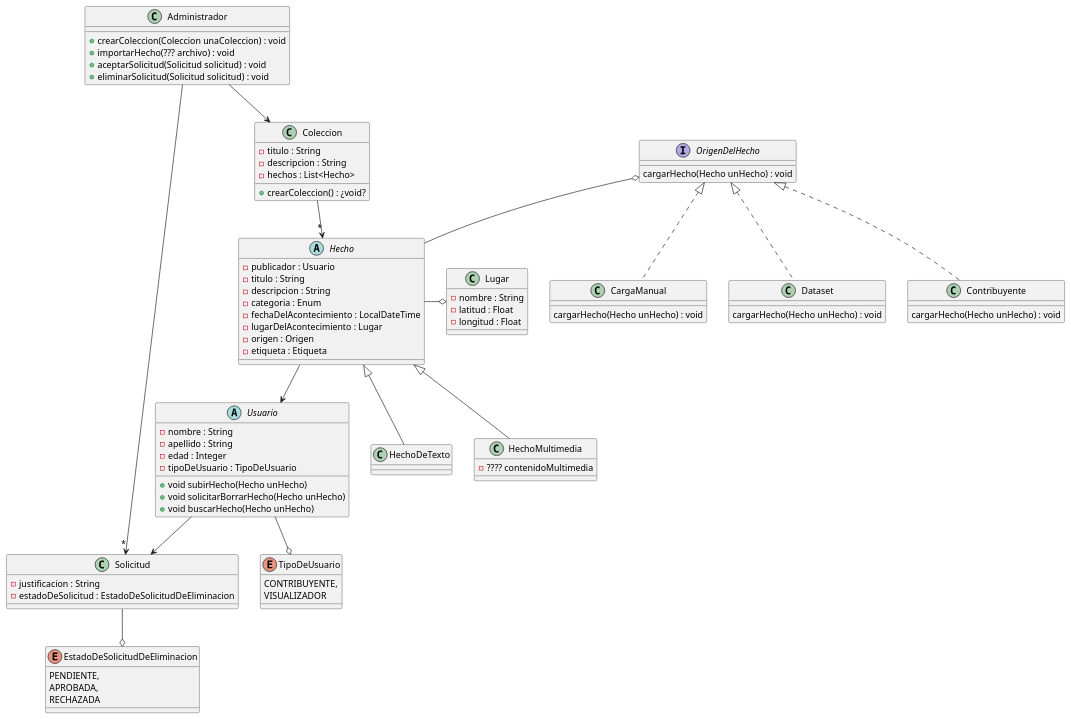
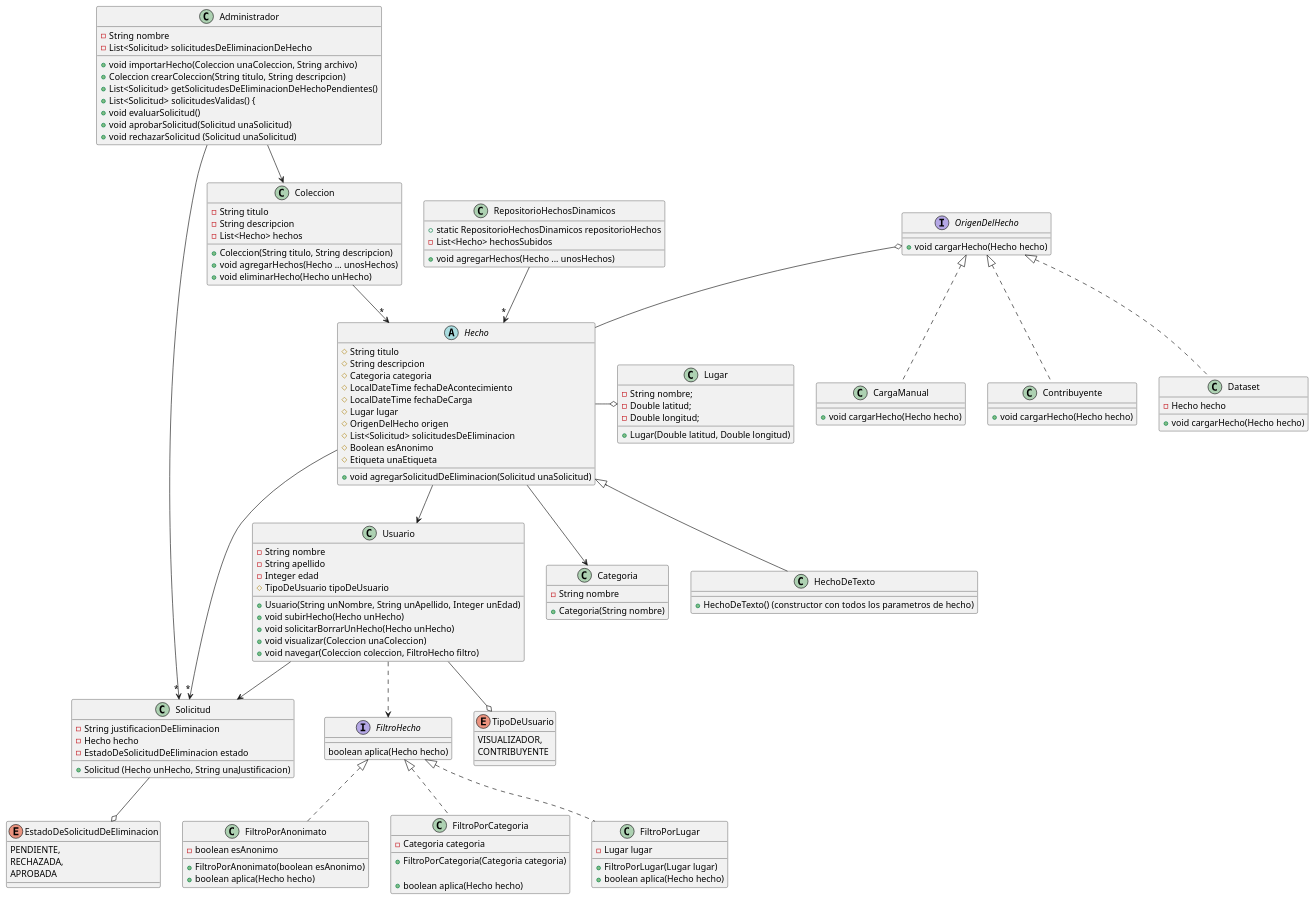
The diagram in src/main/diagramas/DC1raEntrega.puml (vclevy/MetaMapa), drawn with PlantUML before and after one commit. The commit also changed 2 other files, not shown here.

Commit message:
diagrama de clase actualizado

```diff
--- a/src/main/diagramas/DC1raEntrega.puml
+++ b/src/main/diagramas/DC1raEntrega.puml
@@ -1,95 +1,162 @@
 @startuml
 'https://plantuml.com/class-diagram
 
-class Coleccion{
-    - titulo : String
-    - descripcion : String
-    - hechos : List<Hecho>
+class Categoria {
+    - String nombre
 
-    + crearColeccion() : ¿void?
+    + Categoria(String nombre)
 }
 
-abstract class Hecho{
-  - publicador : Usuario
-  - titulo : String
-  - descripcion : String
-  - categoria : Enum
-  - fechaDelAcontecimiento : LocalDateTime
-  - lugarDelAcontecimiento : Lugar
-  - origen : Origen
-  - etiqueta : Etiqueta
+class Coleccion {
+    - String titulo
+    - String descripcion
+    - List<Hecho> hechos
+
+    + Coleccion(String titulo, String descripcion)
+    + void agregarHechos(Hecho ... unosHechos)
+    + void eliminarHecho(Hecho unHecho)
 }
 
-class HechoDeTexto extends Hecho{
+class Lugar {
+    - String nombre;
+    - Double latitud;
+    - Double longitud;
+
+    + Lugar(Double latitud, Double longitud)
 }
 
-class HechoMultimedia extends Hecho{
- - ???? contenidoMultimedia
+interface FiltroHecho {
+    boolean aplica(Hecho hecho)
 }
 
-class Lugar{
-    - nombre : String
-    - latitud : Float
-    - longitud : Float
+class FiltroPorAnonimato implements FiltroHecho {
+    - boolean esAnonimo
+
+    + FiltroPorAnonimato(boolean esAnonimo)
+    + boolean aplica(Hecho hecho)
+}
+
+class FiltroPorCategoria implements FiltroHecho {
+    - Categoria categoria
+
+    + FiltroPorCategoria(Categoria categoria)
+
+    + boolean aplica(Hecho hecho)
+}
+
+class FiltroPorLugar implements FiltroHecho {
+    - Lugar lugar
+
+    + FiltroPorLugar(Lugar lugar)
+    + boolean aplica(Hecho hecho)
 }
 
 interface OrigenDelHecho {
-    cargarHecho(Hecho unHecho) : void
+
+    + void cargarHecho(Hecho hecho)
 }
 
-class CargaManual implements OrigenDelHecho {
-    cargarHecho(Hecho unHecho) : void
+class CargaManual implements OrigenDelHecho{
+
+    + void cargarHecho(Hecho hecho)
+}
+
+class Contribuyente implements OrigenDelHecho{
+    + void cargarHecho(Hecho hecho)
 }
 
 class Dataset implements OrigenDelHecho {
-    cargarHecho(Hecho unHecho) : void
-}
+    - Hecho hecho
 
-class Contribuyente implements OrigenDelHecho {
-    cargarHecho(Hecho unHecho) : void
-}
-
-abstract class Usuario{
-    - nombre : String
-    - apellido : String
-    - edad : Integer
-    - tipoDeUsuario : TipoDeUsuario
-    + void subirHecho(Hecho unHecho)
-    + void solicitarBorrarHecho(Hecho unHecho)
-    + void buscarHecho(Hecho unHecho)
-}
-
-enum TipoDeUsuario {
-    CONTRIBUYENTE,
-    VISUALIZADOR
-}
-
-class Solicitud{
-    - justificacion : String
-    - estadoDeSolicitud : EstadoDeSolicitudDeEliminacion
+    + void cargarHecho(Hecho hecho)
 }
 
 enum EstadoDeSolicitudDeEliminacion {
     PENDIENTE,
-    APROBADA,
-    RECHAZADA
+    RECHAZADA,
+    APROBADA
 }
 
-class Administrador{
-   + crearColeccion(Coleccion unaColeccion) : void
-   + importarHecho(??? archivo) : void
-   + aceptarSolicitud(Solicitud solicitud) : void
-   + eliminarSolicitud(Solicitud solicitud) : void
+class Solicitud {
+    - String justificacionDeEliminacion
+    - Hecho hecho
+    - EstadoDeSolicitudDeEliminacion estado
+
+    + Solicitud (Hecho unHecho, String unaJustificacion)
+
+}
+
+abstract class Hecho {
+    # String titulo
+    # String descripcion
+    # Categoria categoria
+    # LocalDateTime fechaDeAcontecimiento
+    # LocalDateTime fechaDeCarga
+    # Lugar lugar
+    # OrigenDelHecho origen
+    # List<Solicitud> solicitudesDeEliminacion
+    # Boolean esAnonimo
+    # Etiqueta unaEtiqueta
+
+    + void agregarSolicitudDeEliminacion(Solicitud unaSolicitud)
+}
+
+class HechoDeTexto extends Hecho {
+
+    + HechoDeTexto() (constructor con todos los parametros de hecho)
+}
+
+class RepositorioHechosDinamicos {
+
+    + static RepositorioHechosDinamicos repositorioHechos
+    - List<Hecho> hechosSubidos
+
+    + void agregarHechos(Hecho ... unosHechos)
+}
+
+class Administrador {
+    - String nombre
+    - List<Solicitud> solicitudesDeEliminacionDeHecho
+
+    + void importarHecho(Coleccion unaColeccion, String archivo)
+    + Coleccion crearColeccion(String titulo, String descripcion)
+    + List<Solicitud> getSolicitudesDeEliminacionDeHechoPendientes()
+    + List<Solicitud> solicitudesValidas() {
+    + void evaluarSolicitud()
+    + void aprobarSolicitud(Solicitud unaSolicitud)
+    + void rechazarSolicitud (Solicitud unaSolicitud)
+}
+
+enum TipoDeUsuario {
+    VISUALIZADOR,
+    CONTRIBUYENTE
+}
+
+class Usuario {
+    - String nombre
+    - String apellido
+    - Integer edad
+    # TipoDeUsuario tipoDeUsuario
+
+    + Usuario(String unNombre, String unApellido, Integer unEdad)
+    + void subirHecho(Hecho unHecho)
+    + void solicitarBorrarUnHecho(Hecho unHecho)
+    + void visualizar(Coleccion unaColeccion)
+    + void navegar(Coleccion coleccion, FiltroHecho filtro)
 }
 
 Hecho --> Usuario
 Lugar o-l- Hecho
-Coleccion -->"*" Hecho
-Administrador -->"*" Solicitud
+Coleccion --> "*" Hecho
+Administrador --> "*" Solicitud
 Administrador --> Coleccion
 Usuario --> Solicitud
 EstadoDeSolicitudDeEliminacion o-u- Solicitud
 TipoDeUsuario o-u- Usuario
 OrigenDelHecho o-- Hecho
+RepositorioHechosDinamicos --> "*" Hecho
+Usuario ..> FiltroHecho
+Hecho --> "*" Solicitud
+Hecho --> Categoria
 
 @enduml
```
